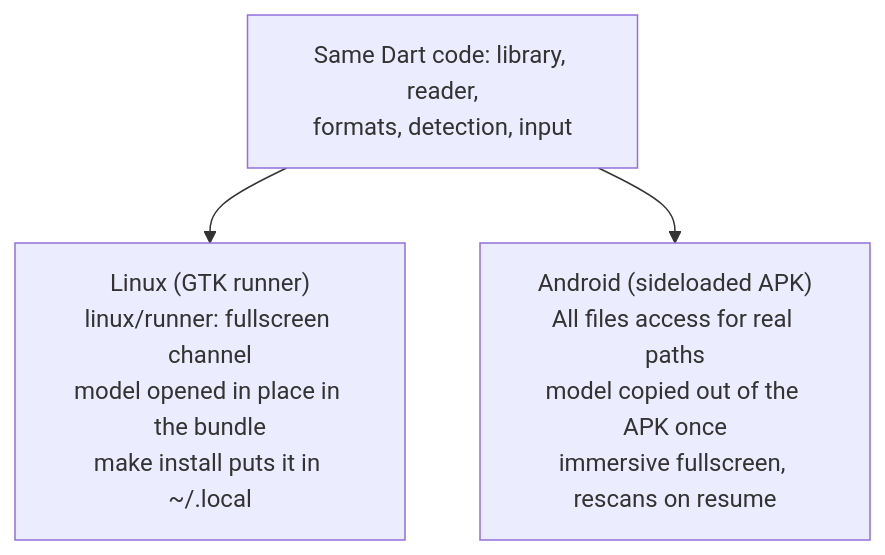
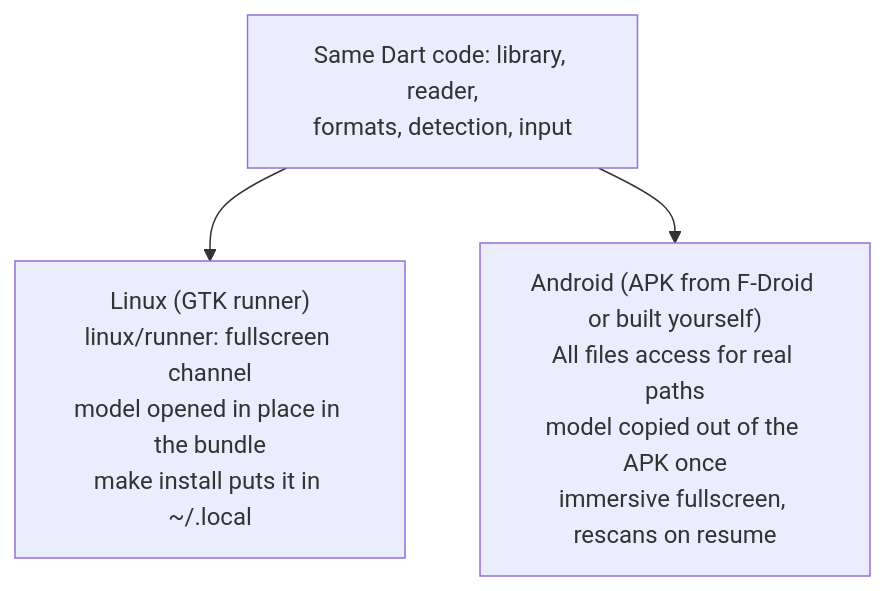
One commit to snonux/comicredr changed the tenth of 10 diagrams in docs/architecture.md. Above: the diagram before and after it, drawn with Mermaid. The commit also changed other lines of this file and 25 other files, not shown here.

````diff
--- a/docs/architecture.md
+++ b/docs/architecture.md
@@ -417,6 +417,6 @@
 ```mermaid
 flowchart TB
   dart["Same Dart code: library, reader,<br/>formats, detection, input"]
   dart --> linux["Linux (GTK runner)<br/>linux/runner: fullscreen channel<br/>model opened in place in the bundle<br/>make install puts it in ~/.local"]
-  dart --> android["Android (sideloaded APK)<br/>All files access for real paths<br/>model copied out of the APK once<br/>immersive fullscreen, rescans on resume"]
+  dart --> android["Android (APK from F-Droid or built yourself)<br/>All files access for real paths<br/>model copied out of the APK once<br/>immersive fullscreen, rescans on resume"]
 ```
````
